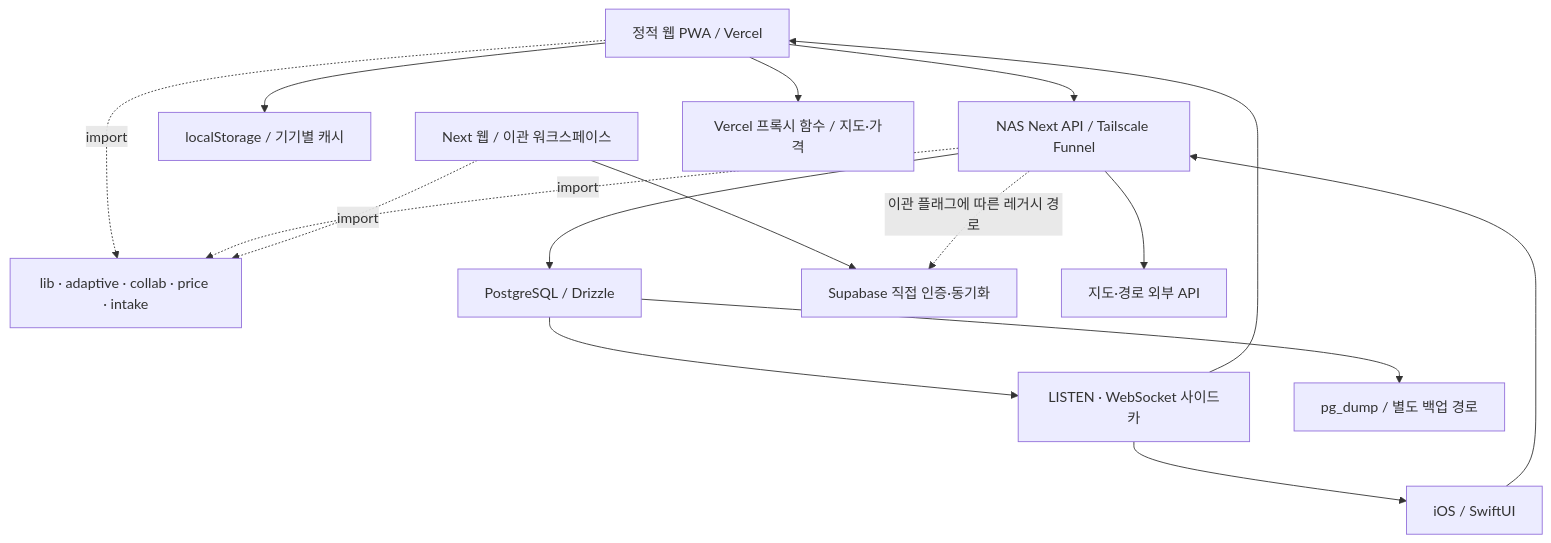
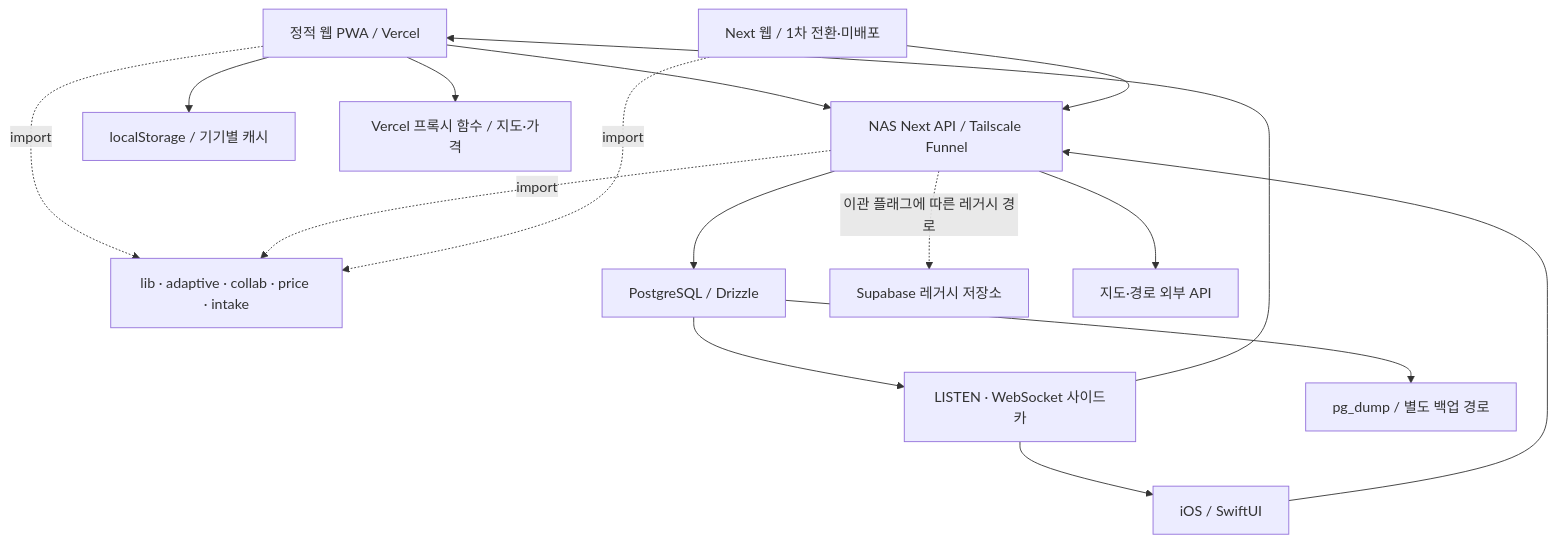
Before and after one commit to blackshoes1/tripcanvas: the diagram in docs/architecture.md, drawn with Mermaid. The commit also changed other lines of this file and 22 other files, not shown here.

Commit message:
feat: Next 웹 자체 인증과 API 동기화 전환

````diff
--- a/docs/architecture.md
+++ b/docs/architecture.md
@@ -5,18 +5,18 @@
 ```mermaid
 flowchart TD
   Web[정적 웹 PWA / Vercel] --> API[NAS Next API / Tailscale Funnel]
   iOS[iOS / SwiftUI] --> API
   Web --> Local[localStorage / 기기별 캐시]
   Web -. import .-> Engine[lib · adaptive · collab · price · intake]
   API -. import .-> Engine
   API --> PG[PostgreSQL / Drizzle]
   PG --> WS[LISTEN · WebSocket 사이드카]
   WS --> Web
   WS --> iOS
   PG --> Backup[pg_dump / 별도 백업 경로]
-  NextWeb[Next 웹 / 이관 워크스페이스] --> Legacy[Supabase 직접 인증·동기화]
+  NextWeb[Next 웹 / 1차 전환·미배포] --> API
   NextWeb -. import .-> Engine
-  API -. 이관 플래그에 따른 레거시 경로 .-> Legacy
+  API -. 이관 플래그에 따른 레거시 경로 .-> Legacy[Supabase 레거시 저장소]
   Web --> Proxy[Vercel 프록시 함수 / 지도·가격]
   API --> Providers[지도·경로 외부 API]
 ```
````
